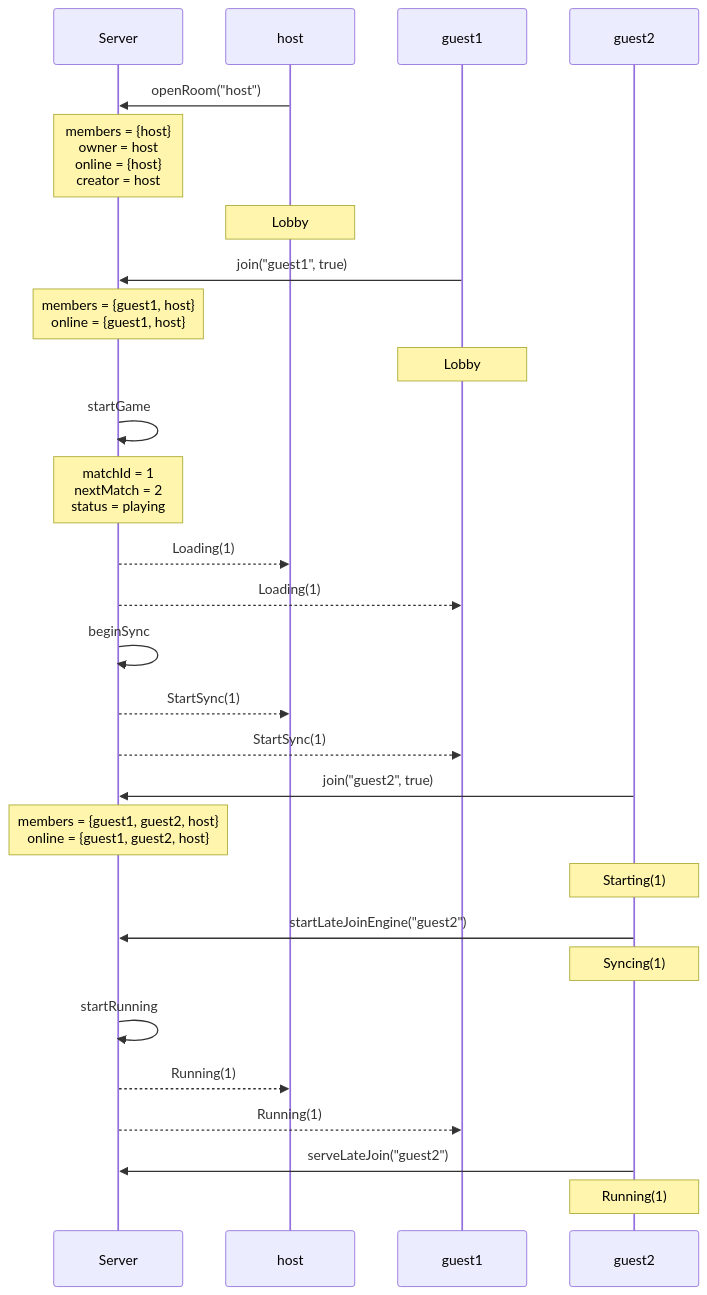
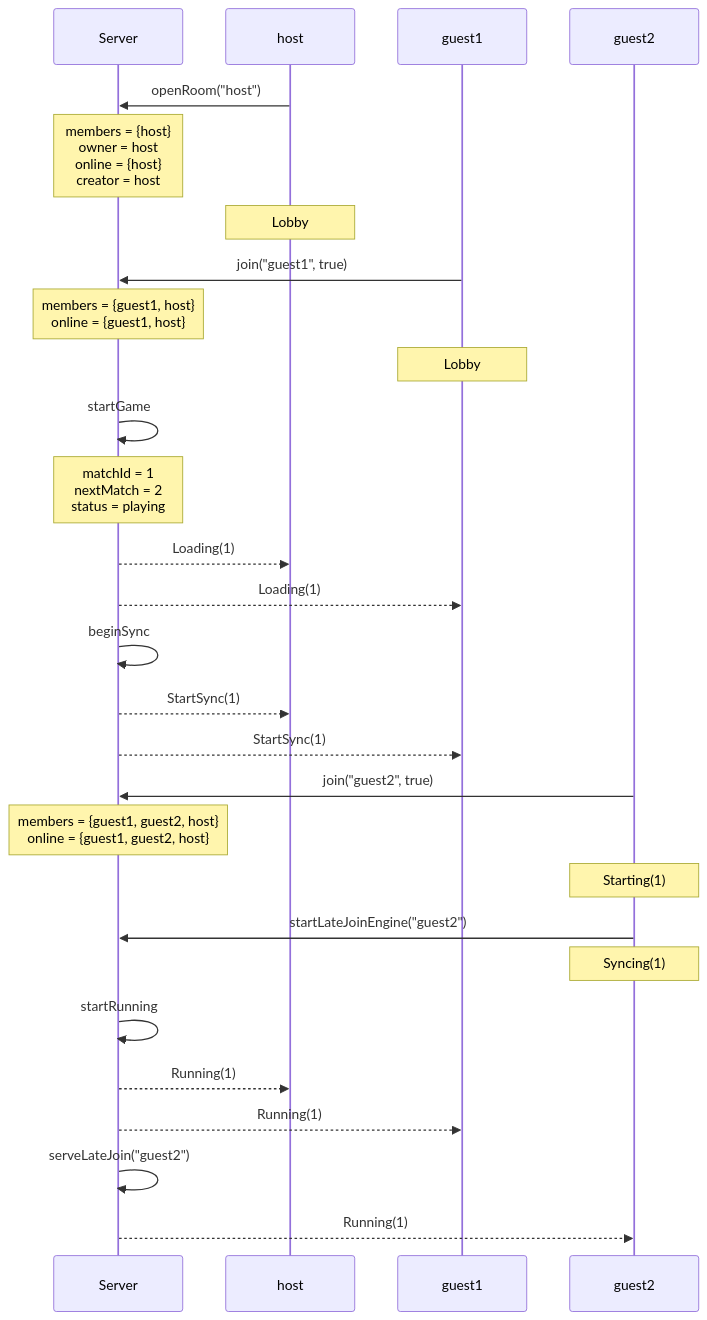
The seventh of 7 diagrams in docs/spec-traces.md (kwilson21/kaillera-next), drawn with Mermaid before and after one commit. The commit also changed other lines of this file and 3 other files, not shown here.

First line of the commit message:
Trace diagrams: hub-owned actions, exact variants, unordered sets, one-line runs

````diff
--- a/docs/spec-traces.md
+++ b/docs/spec-traces.md
@@ -195,30 +195,30 @@
 ```mermaid
 sequenceDiagram
   participant Server
   participant host
   participant guest1
   participant guest2
   host->>Server: openRoom("host")
   Note over Server: members = {host}<br/>owner = host<br/>online = {host}<br/>creator = host
   Note over host: Lobby
   guest1->>Server: join("guest1", true)
   Note over Server: members = {guest1, host}<br/>online = {guest1, host}
   Note over guest1: Lobby
   Server->>Server: startGame
   Note over Server: matchId = 1<br/>nextMatch = 2<br/>status = playing
   Server-->>host: Loading(1)
   Server-->>guest1: Loading(1)
   Server->>Server: beginSync
   Server-->>host: StartSync(1)
   Server-->>guest1: StartSync(1)
   guest2->>Server: join("guest2", true)
   Note over Server: members = {guest1, guest2, host}<br/>online = {guest1, guest2, host}
   Note over guest2: Starting(1)
   guest2->>Server: startLateJoinEngine("guest2")
   Note over guest2: Syncing(1)
   Server->>Server: startRunning
   Server-->>host: Running(1)
   Server-->>guest1: Running(1)
-  guest2->>Server: serveLateJoin("guest2")
-  Note over guest2: Running(1)
+  Server->>Server: serveLateJoin("guest2")
+  Server-->>guest2: Running(1)
 ```
````
